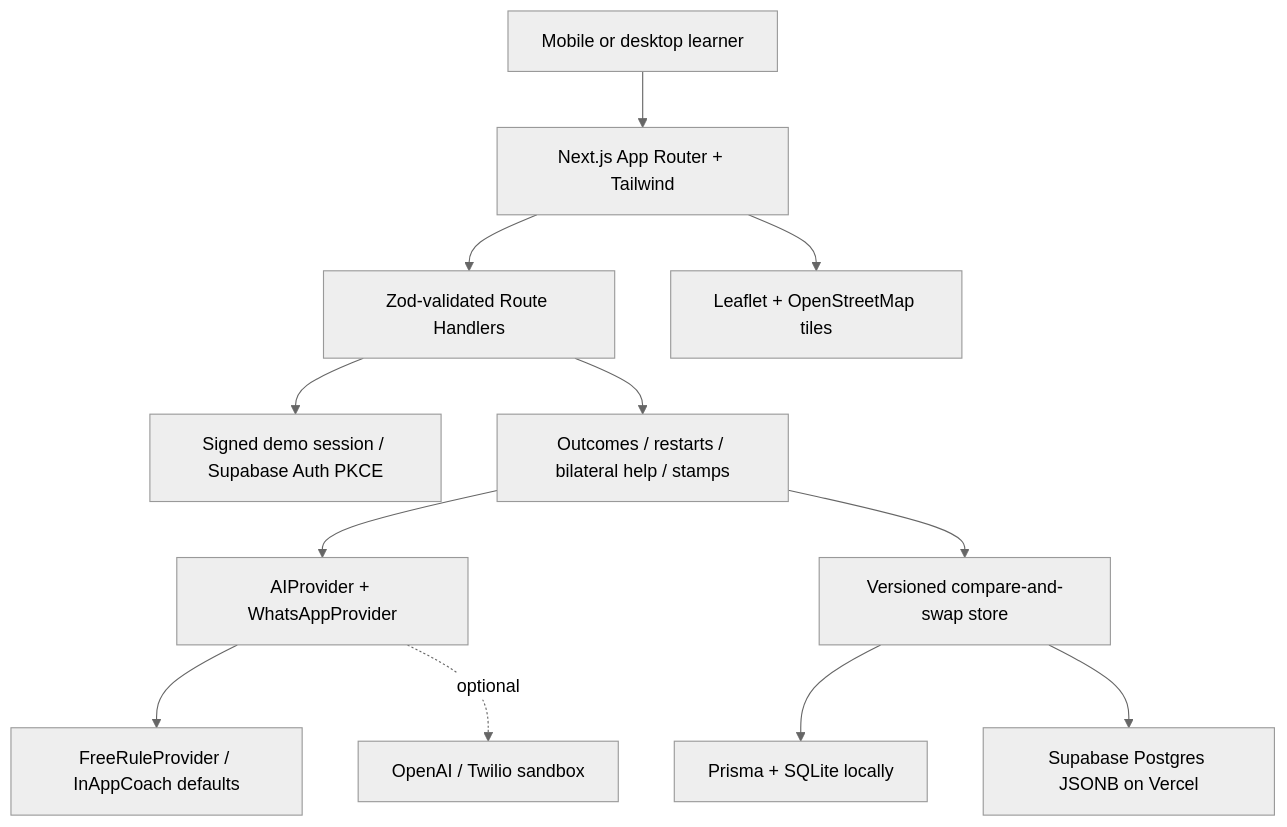
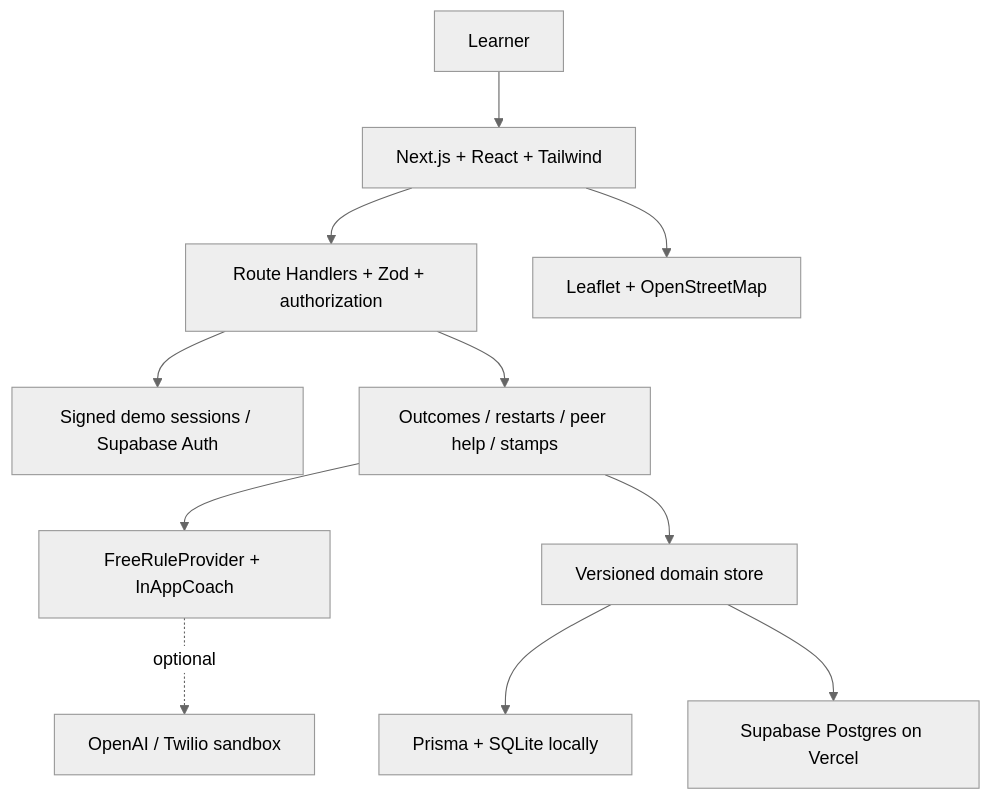
One commit to JSjags/campussignal changed the diagram in README.md. Above: the diagram before and after it, drawn with Mermaid (neutral theme). The commit also changed other lines of this file and 72 other files, not shown here.

````diff
--- a/README.md
+++ b/README.md
@@ -56,14 +65,13 @@
 ```mermaid
 flowchart TD
-  Learner[Mobile or desktop learner] --> UI[Next.js App Router + Tailwind]
-  UI --> API[Zod-validated Route Handlers]
-  API --> Auth[Signed demo session / Supabase Auth PKCE]
-  API --> Domain[Outcomes / restarts / bilateral help / stamps]
-  Domain --> Providers[AIProvider + WhatsAppProvider]
-  Providers --> Rules[FreeRuleProvider / InAppCoach defaults]
+  Learner[Learner] --> UI[Next.js + React + Tailwind]
+  UI --> API[Route Handlers + Zod + authorization]
+  API --> Auth[Signed demo sessions / Supabase Auth]
+  API --> Domain[Outcomes / restarts / peer help / stamps]
+  Domain --> Providers[FreeRuleProvider + InAppCoach]
   Providers -. optional .-> External[OpenAI / Twilio sandbox]
-  Domain --> Store[Versioned compare-and-swap store]
+  Domain --> Store[Versioned domain store]
   Store --> Local[Prisma + SQLite locally]
-  Store --> Hosted[Supabase Postgres JSONB on Vercel]
-  UI --> Map[Leaflet + OpenStreetMap tiles]
+  Store --> Hosted[Supabase Postgres on Vercel]
+  UI --> Map[Leaflet + OpenStreetMap]
 ```
````
